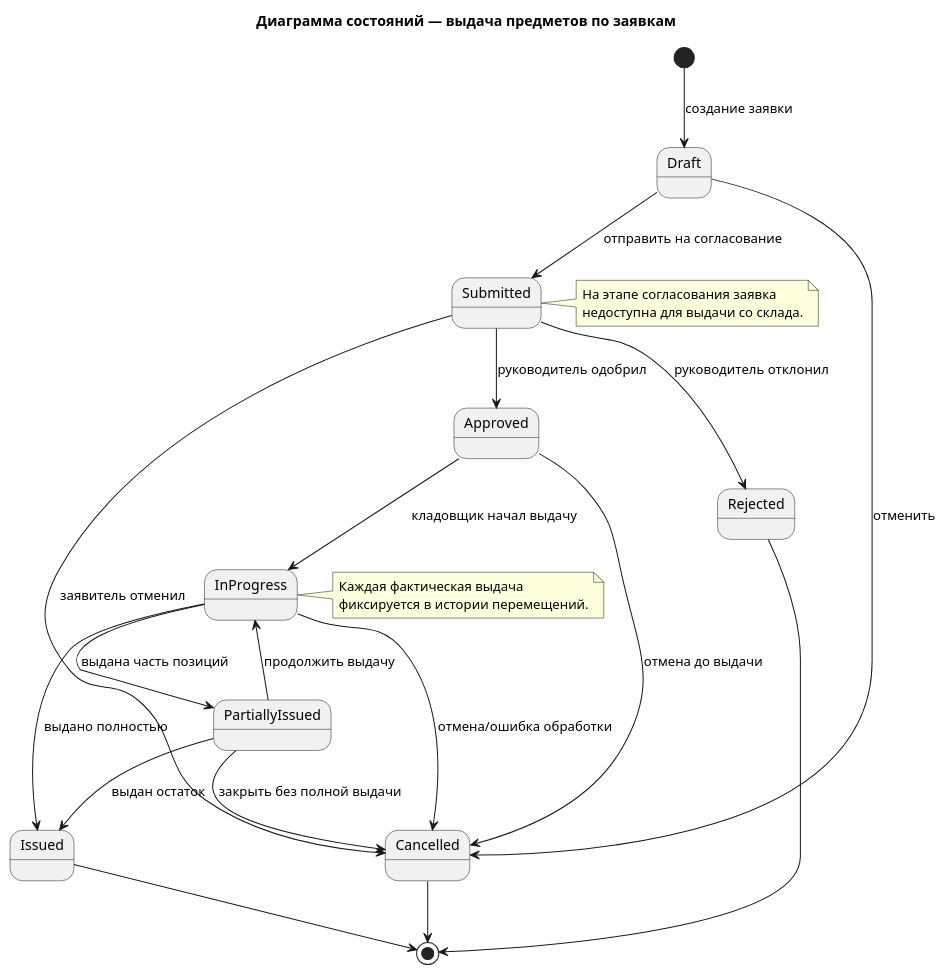
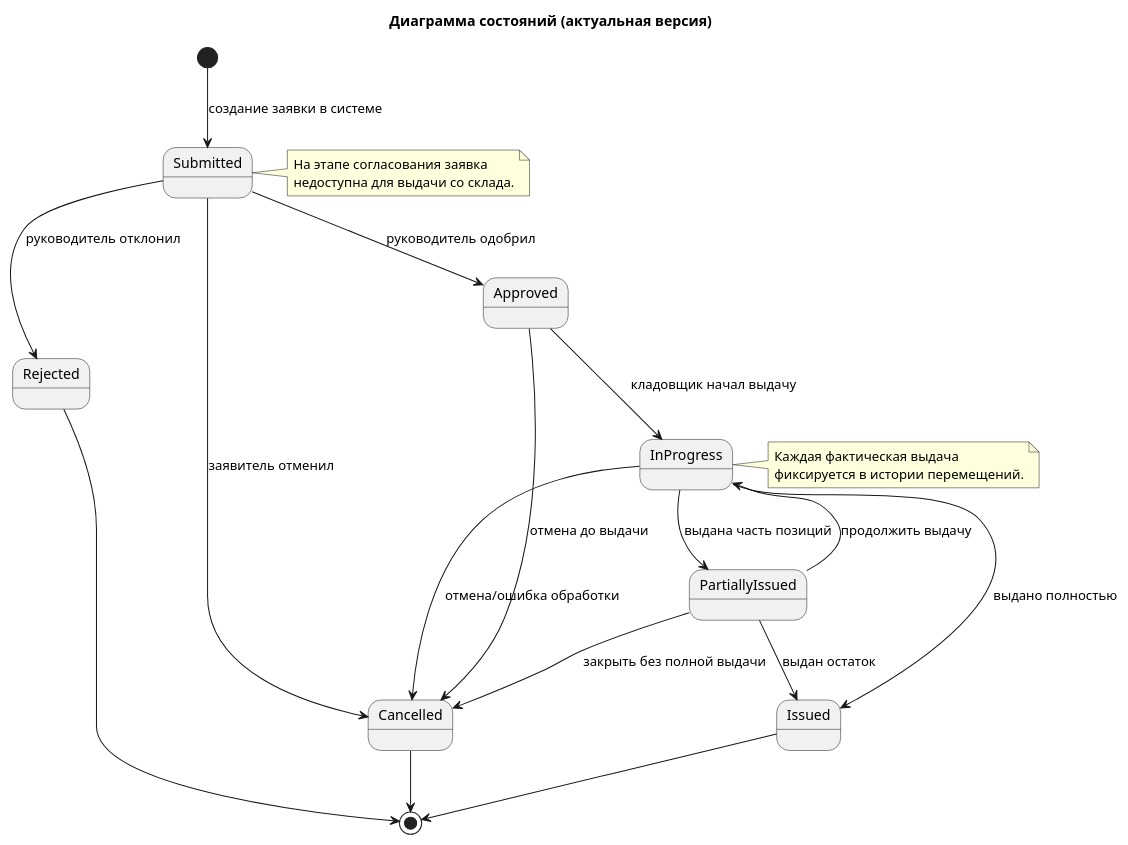
The diagram in docs/assets/diagrams/Диаграмма_состояний_выдачи_по_заявкам.puml (koluiree/warehouse), drawn with PlantUML before and after one commit. The commit also changed 91 other files, not shown here.

```diff
--- a/docs/assets/diagrams/Диаграмма_состояний_выдачи_по_заявкам.puml
+++ b/docs/assets/diagrams/Диаграмма_состояний_выдачи_по_заявкам.puml
@@ -1,38 +1,35 @@
 @startuml
-title Диаграмма состояний — выдача предметов по заявкам
+title Диаграмма состояний (актуальная версия)
 
-[*] --> Draft : создание заявки
-
-Draft --> Submitted : отправить на согласование
-Draft --> Cancelled : отменить
+[*] --> Submitted : создание заявки в системе
 
 Submitted --> Approved : руководитель одобрил
 Submitted --> Rejected : руководитель отклонил
 Submitted --> Cancelled : заявитель отменил
 
 Approved --> InProgress : кладовщик начал выдачу
 Approved --> Cancelled : отмена до выдачи
 
 InProgress --> PartiallyIssued : выдана часть позиций
 InProgress --> Issued : выдано полностью
 InProgress --> Cancelled : отмена/ошибка обработки
 
 PartiallyIssued --> InProgress : продолжить выдачу
 PartiallyIssued --> Issued : выдан остаток
 PartiallyIssued --> Cancelled : закрыть без полной выдачи
 
 Rejected --> [*]
 Issued --> [*]
 Cancelled --> [*]
 
 note right of Submitted
   На этапе согласования заявка
   недоступна для выдачи со склада.
 end note
 
 note right of InProgress
   Каждая фактическая выдача
   фиксируется в истории перемещений.
 end note
 
 @enduml
```
